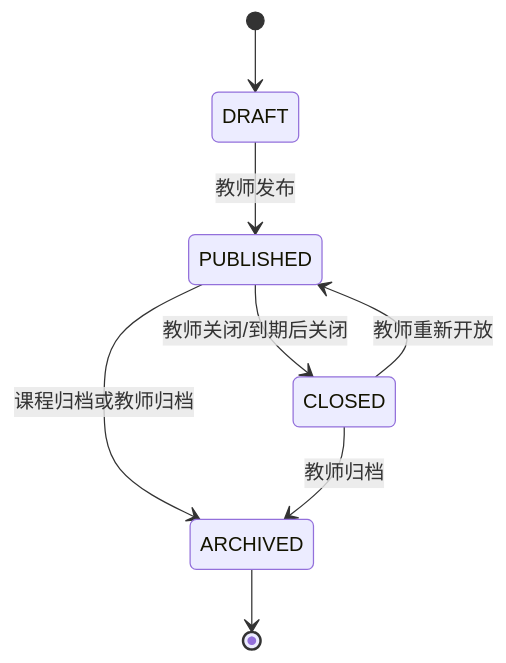
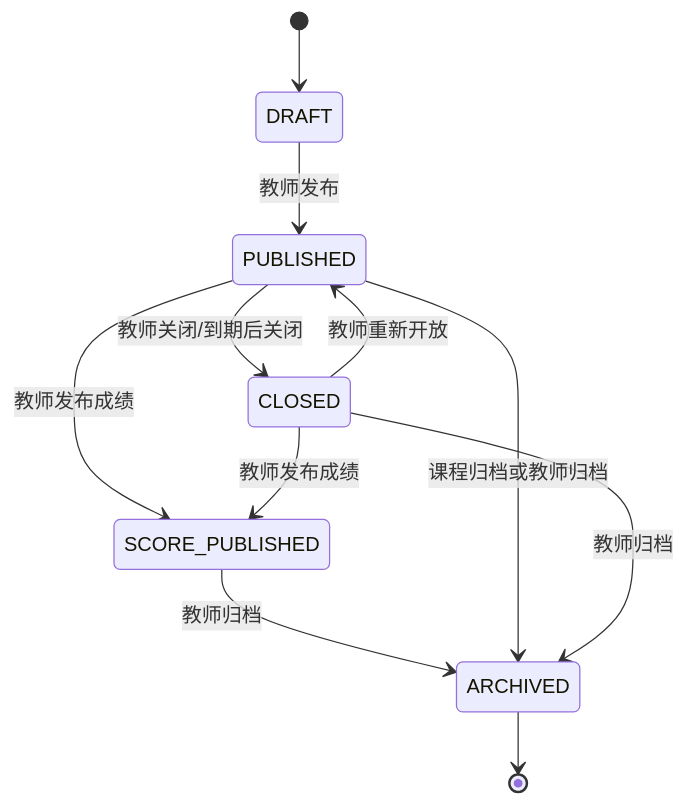
One commit to Cr4zyorange/OnlineJudge changed diagram 39 of 50 in docs/最终提交/软件详细设计说明书.md. Above: the diagram before and after it, drawn with Mermaid. The commit also changed other lines of this file and 12 other files, not shown here.

````diff
--- a/docs/最终提交/软件详细设计说明书.md
+++ b/docs/最终提交/软件详细设计说明书.md
@@ -3410,10 +3751,13 @@
 ```mermaid
 stateDiagram-v2
     [*] --> DRAFT
     DRAFT --> PUBLISHED: 教师发布
     PUBLISHED --> CLOSED: 教师关闭/到期后关闭
     CLOSED --> PUBLISHED: 教师重新开放
+    PUBLISHED --> SCORE_PUBLISHED: 教师发布成绩
+    CLOSED --> SCORE_PUBLISHED: 教师发布成绩
+    SCORE_PUBLISHED --> ARCHIVED: 教师归档
     PUBLISHED --> ARCHIVED: 课程归档或教师归档
     CLOSED --> ARCHIVED: 教师归档
     ARCHIVED --> [*]
 ```
````
